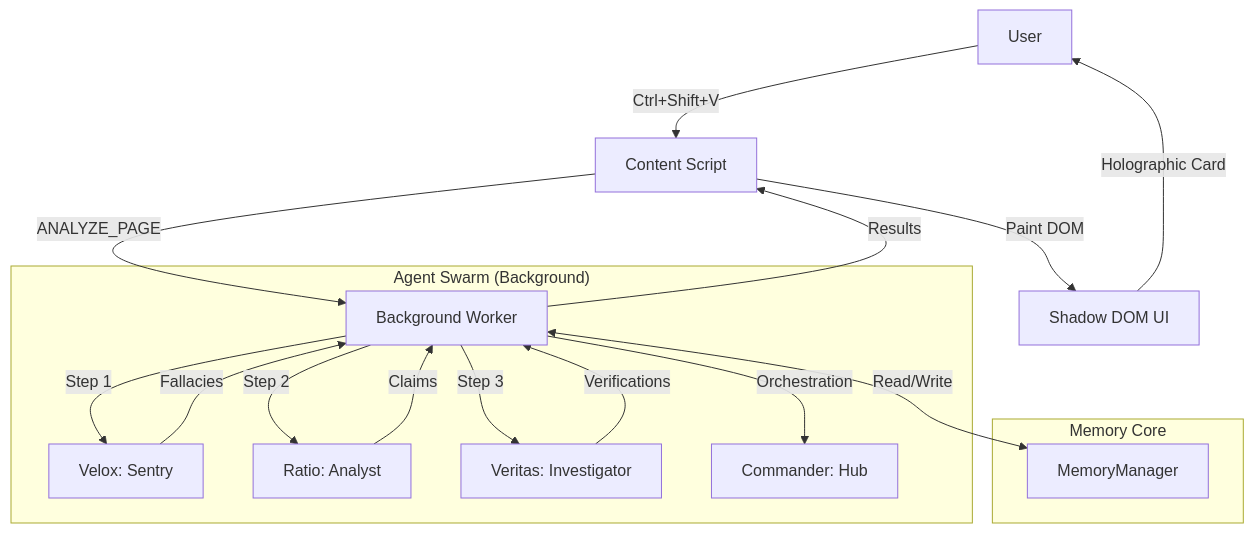
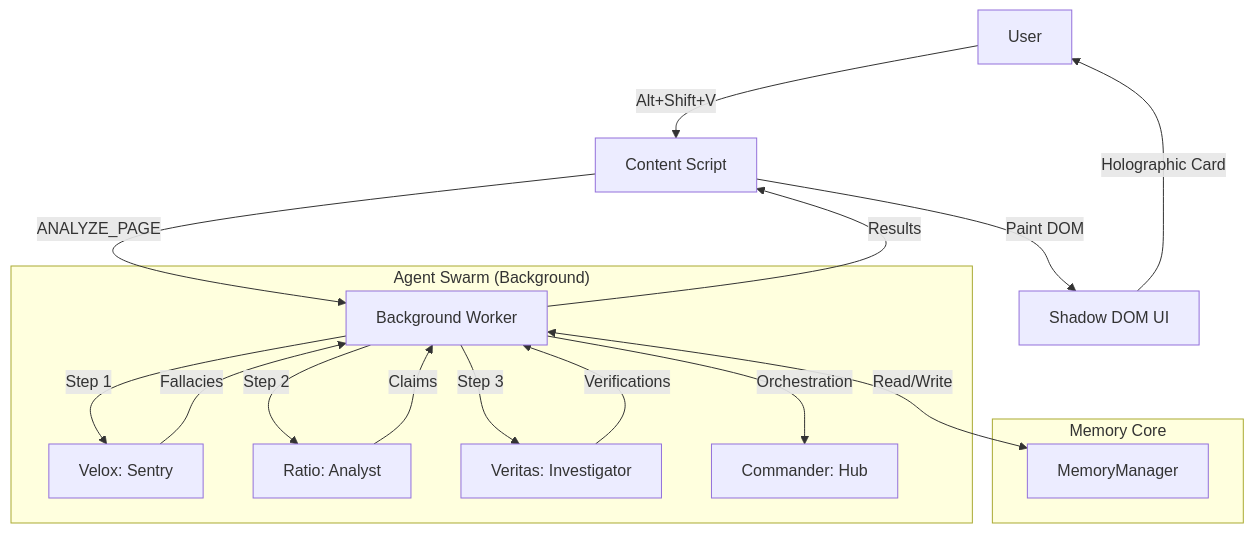
Before and after one commit to mqingcs/Project-VERITAS-The-Digital-Truth-Lens: the diagram in docs/project_guide.md, drawn with Mermaid. The commit also changed other lines of this file and 4 other files, not shown here.

Commit message:
docs: Update hotkeys from Ctrl+Shift to Alt+Shift and fix project guide link.

````diff
--- a/docs/project_guide.md
+++ b/docs/project_guide.md
@@ -332,27 +332,27 @@
 ```mermaid
 flowchart TD
-    User[User] -->|Ctrl+Shift+V| CS[Content Script]
+    User[User] -->|Alt+Shift+V| CS[Content Script]
     CS -->|ANALYZE_PAGE| BG[Background Worker]
     
     subgraph "Agent Swarm (Background)"
         BG -->|Step 1| Velox[Velox: Sentry]
         Velox -->|Fallacies| BG
         
         BG -->|Step 2| Ratio[Ratio: Analyst]
         Ratio -->|Claims| BG
         
         BG -->|Step 3| Veritas[Veritas: Investigator]
         Veritas -->|Verifications| BG
         
         BG -->|Orchestration| Commander[Commander: Hub]
     end
     
     subgraph "Memory Core"
         Mem[MemoryManager]
         BG <-->|Read/Write| Mem
     end
     
     BG -->|Results| CS
     CS -->|Paint DOM| UI[Shadow DOM UI]
     UI -->|Holographic Card| User
 ```
````
